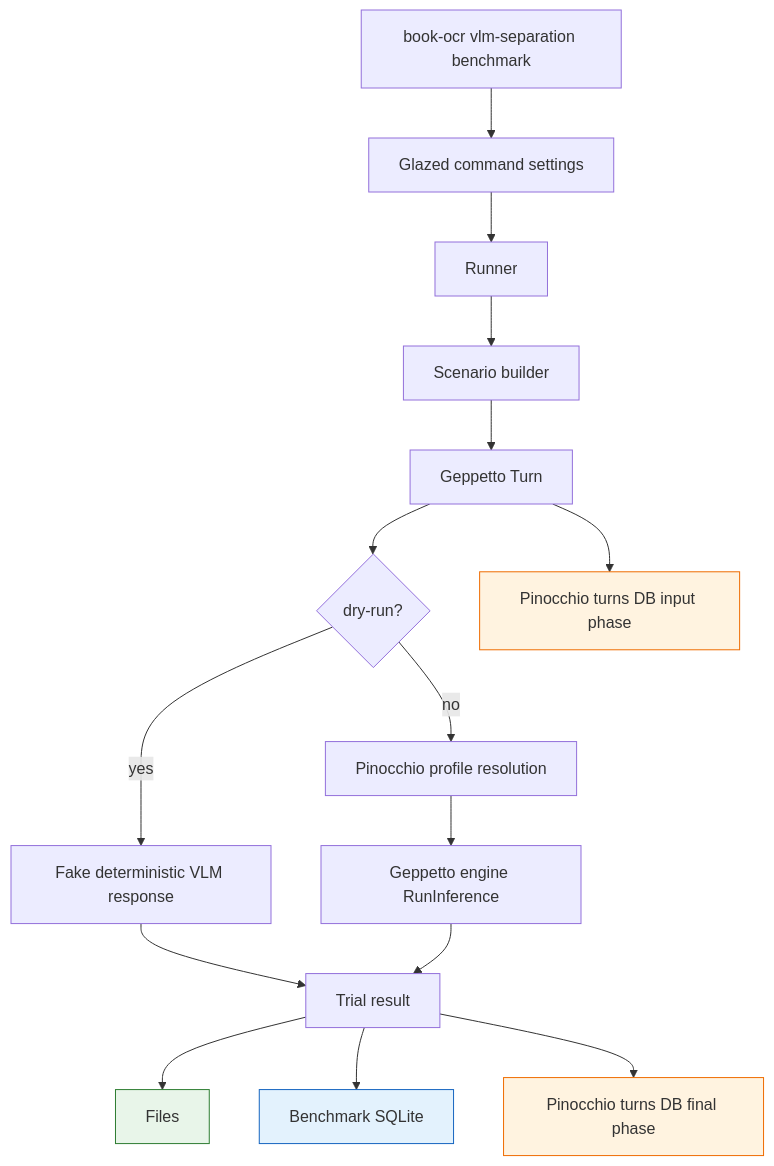
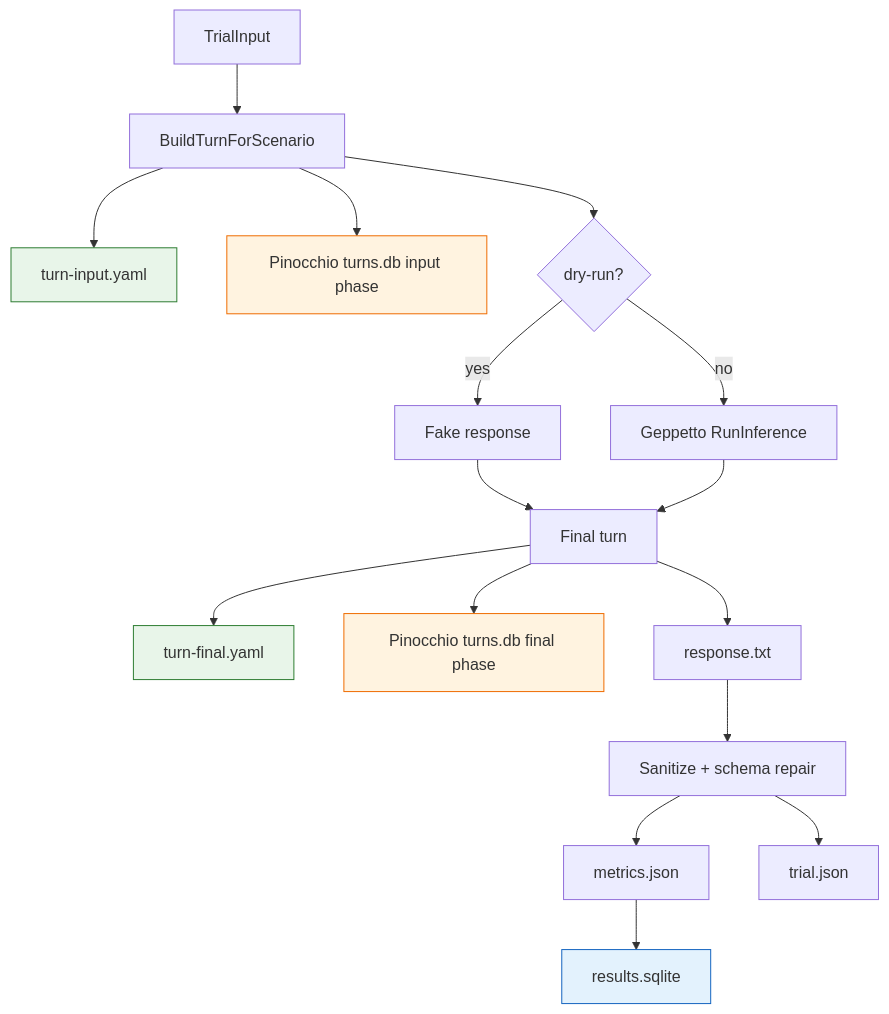
One commit to go-go-golems/go-go-parc changed the diagram in Projects/2026/05/25/ARTICLE - VLM Separation Benchmark for Book OCR - Prompt Block Layouts and Turn Persistence.md. Above: the diagram before and after it, drawn with Mermaid. The commit also changed other lines of this file, not shown here.

Commit message:
Article: expand VLM benchmark deep dive

````diff
--- a/Projects/2026/05/25/ARTICLE - VLM Separation Benchmark for Book OCR - Prompt Block Layouts and Turn Persistence.md
+++ b/Projects/2026/05/25/ARTICLE - VLM Separation Benchmark for Book OCR - Prompt Block Layouts and Turn Persistence.md
@@ -153,22 +707,24 @@
 ```mermaid
 flowchart TD
-    A[book-ocr vlm-separation benchmark] --> B[Glazed command settings]
-    B --> C[Runner]
-    C --> D[Scenario builder]
-    D --> E[Geppetto Turn]
-    E --> F{dry-run?}
-    F -->|yes| G[Fake deterministic VLM response]
-    F -->|no| H[Pinocchio profile resolution]
-    H --> I[Geppetto engine RunInference]
-    G --> J[Trial result]
-    I --> J
-    J --> K[Files]
-    J --> L[Benchmark SQLite]
-    E --> M[Pinocchio turns DB input phase]
-    J --> N[Pinocchio turns DB final phase]
+    A[TrialInput] --> B[BuildTurnForScenario]
+    B --> C[turn-input.yaml]
+    B --> D[Pinocchio turns.db input phase]
+    B --> E{dry-run?}
+    E -->|yes| F[Fake response]
+    E -->|no| G[Geppetto RunInference]
+    F --> H[Final turn]
+    G --> H[Final turn]
+    H --> I[turn-final.yaml]
+    H --> J[Pinocchio turns.db final phase]
+    H --> K[response.txt]
+    K --> L[Sanitize + schema repair]
+    L --> M[metrics.json]
+    L --> N[trial.json]
+    M --> O[results.sqlite]
 
-    style K fill:#e8f5e9,stroke:#2e7d32
-    style L fill:#e3f2fd,stroke:#1565c0
-    style M fill:#fff3e0,stroke:#ef6c00
-    style N fill:#fff3e0,stroke:#ef6c00
+    style C fill:#e8f5e9,stroke:#2e7d32
+    style I fill:#e8f5e9,stroke:#2e7d32
+    style D fill:#fff3e0,stroke:#ef6c00
+    style J fill:#fff3e0,stroke:#ef6c00
+    style O fill:#e3f2fd,stroke:#1565c0
 ```
````
